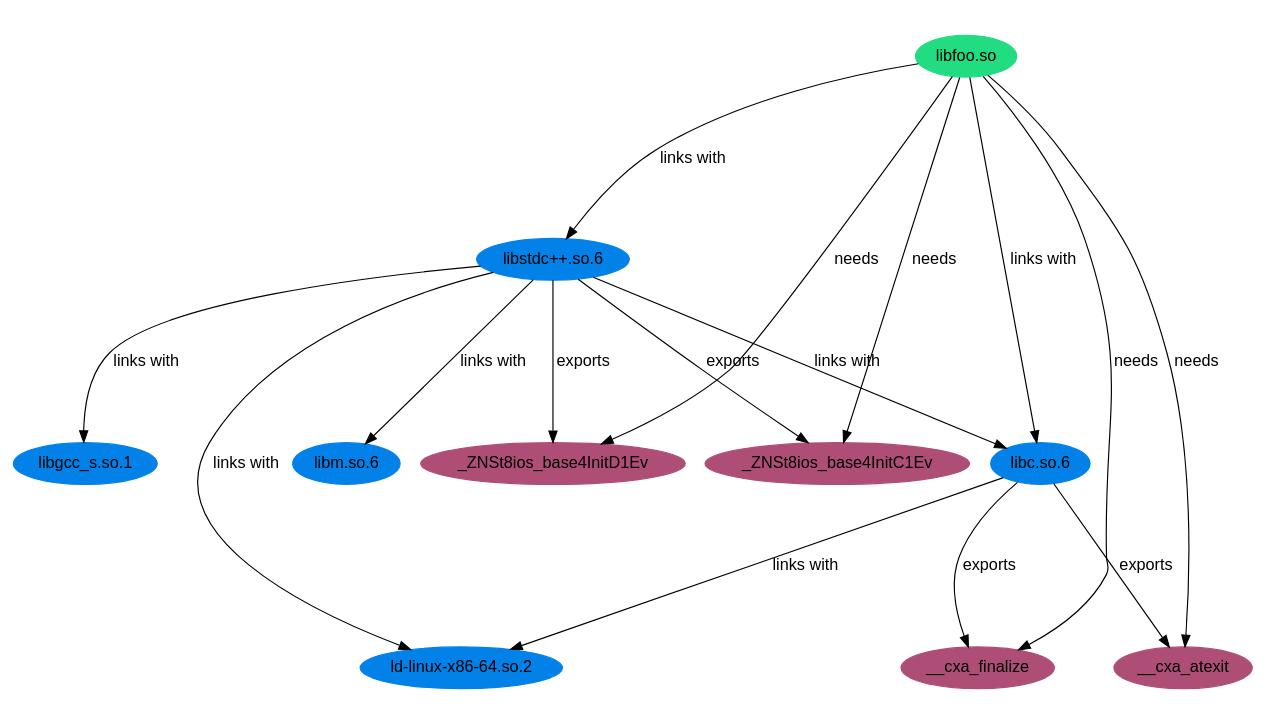
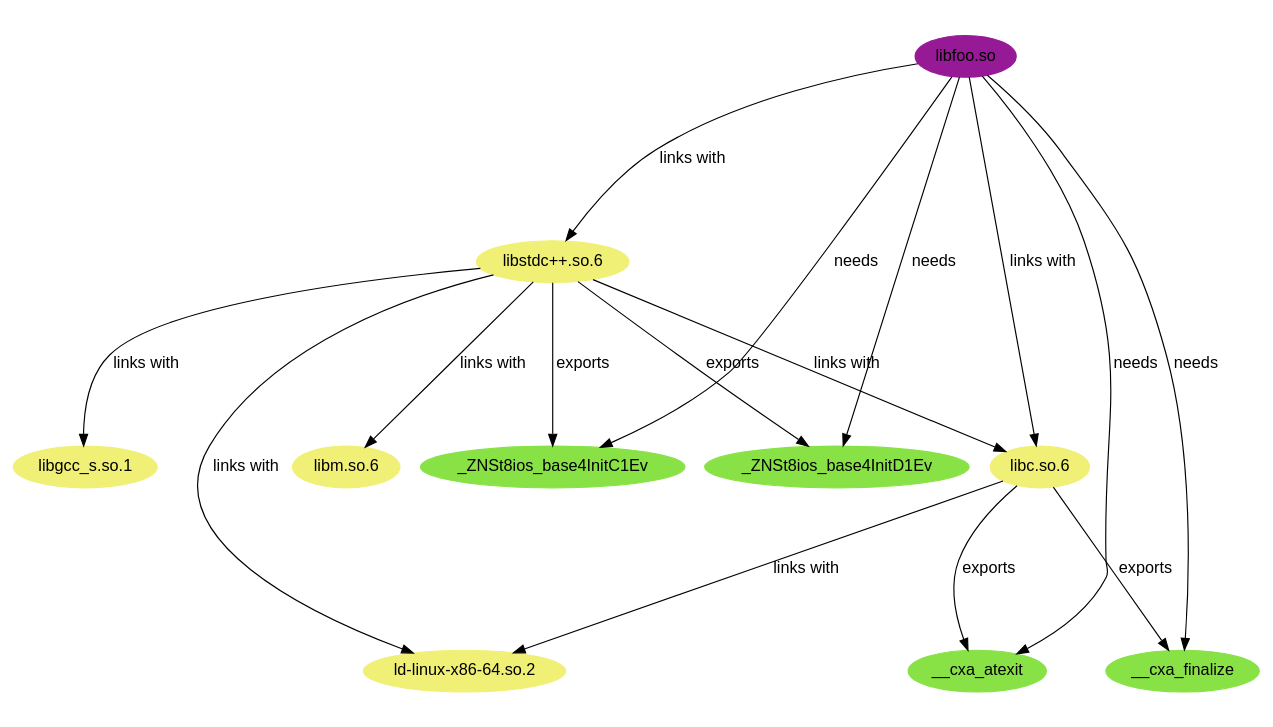
Before and after one commit to vsoch/elfcall: the diagram in data/examples/dot/graph.dot, drawn with Graphviz. The commit also changed 1 other file, not shown here.

```diff
--- a/data/examples/dot/graph.dot
+++ b/data/examples/dot/graph.dot
@@ -1,32 +1,32 @@
 digraph linked_libs {
  ratio=0.562;
  graph [fontname="Arial"];
  node [fontname="Arial"];
  edge [fontname="Arial"];
- ybnmieot [label="libfoo.so" tooltip="libfoo.so", style=filled, color="#21DC80"];
- putudnlk [label="libstdc++.so.6" tooltip="libstdc++.so.6", style=filled, color="#0281E8"];
- miewsdak [label="libm.so.6" tooltip="libm.so.6", style=filled, color="#0281E8"];
- siwpebpr [label="libc.so.6" tooltip="libc.so.6", style=filled, color="#0281E8"];
- renlknav [label="ld-linux-x86-64.so.2" tooltip="ld-linux-x86-64.so.2", style=filled, color="#0281E8"];
- cyzfqace [label="libgcc_s.so.1" tooltip="libgcc_s.so.1", style=filled, color="#0281E8"];
- kqphdaei [label="__cxa_atexit" tooltip="__cxa_atexit (FUNC)", style=filled, color="#AE4E76"];
- znpsiubp [label="__cxa_finalize" tooltip="__cxa_finalize (FUNC)", style=filled, color="#AE4E76"];
- fwyfijdi [label="_ZNSt8ios_base4InitC1Ev" tooltip="_ZNSt8ios_base4InitC1Ev (FUNC)", style=filled, color="#AE4E76"];
- ugnmnzpq [label="_ZNSt8ios_base4InitD1Ev" tooltip="_ZNSt8ios_base4InitD1Ev (FUNC)", style=filled, color="#AE4E76"];
- ybnmieot -> putudnlk [label=" links with " tooltip="/home/vanessa/Desktop/Code/elfcall/data/libfoo.so -> /usr/lib/x86_64-linux-gnu/libstdc++.so.6"];
- ybnmieot -> siwpebpr [label=" links with " tooltip="/home/vanessa/Desktop/Code/elfcall/data/libfoo.so -> /lib/x86_64-linux-gnu/libc.so.6"];
- putudnlk -> miewsdak [label=" links with " tooltip="/usr/lib/x86_64-linux-gnu/libstdc++.so.6 -> libm.so.6"];
- putudnlk -> siwpebpr [label=" links with " tooltip="/usr/lib/x86_64-linux-gnu/libstdc++.so.6 -> /lib/x86_64-linux-gnu/libc.so.6"];
- putudnlk -> renlknav [label=" links with " tooltip="/usr/lib/x86_64-linux-gnu/libstdc++.so.6 -> ld-linux-x86-64.so.2"];
- putudnlk -> cyzfqace [label=" links with " tooltip="/usr/lib/x86_64-linux-gnu/libstdc++.so.6 -> libgcc_s.so.1"];
- siwpebpr -> renlknav [label=" links with " tooltip="/lib/x86_64-linux-gnu/libc.so.6 -> ld-linux-x86-64.so.2"];
- putudnlk -> fwyfijdi [label=" exports " tooltip="/usr/lib/x86_64-linux-gnu/libstdc++.so.6 -> _ZNSt8ios_base4InitC1Ev (fwyfijdi)"];
- putudnlk -> ugnmnzpq [label=" exports " tooltip="/usr/lib/x86_64-linux-gnu/libstdc++.so.6 -> _ZNSt8ios_base4InitD1Ev (ugnmnzpq)"];
- siwpebpr -> znpsiubp [label=" exports " tooltip="/lib/x86_64-linux-gnu/libc.so.6 -> __cxa_finalize (znpsiubp)"];
- siwpebpr -> kqphdaei [label=" exports " tooltip="/lib/x86_64-linux-gnu/libc.so.6 -> __cxa_atexit (kqphdaei)"];
- ybnmieot -> znpsiubp [label=" needs " tooltip="/home/vanessa/Desktop/Code/elfcall/data/libfoo.so -> __cxa_finalize"];
- ybnmieot -> kqphdaei [label=" needs " tooltip="/home/vanessa/Desktop/Code/elfcall/data/libfoo.so -> __cxa_atexit"];
- ybnmieot -> fwyfijdi [label=" needs " tooltip="/home/vanessa/Desktop/Code/elfcall/data/libfoo.so -> _ZNSt8ios_base4InitC1Ev"];
- ybnmieot -> ugnmnzpq [label=" needs " tooltip="/home/vanessa/Desktop/Code/elfcall/data/libfoo.so -> _ZNSt8ios_base4InitD1Ev"];
+ xnympgly [label="libfoo.so" tooltip="libfoo.so", style=filled, color="#961A95"];
+ yoxfjnmm [label="libstdc++.so.6" tooltip="libstdc++.so.6", style=filled, color="#F0F076"];
+ ofyosioi [label="libm.so.6" tooltip="libm.so.6", style=filled, color="#F0F076"];
+ vakagerh [label="libc.so.6" tooltip="libc.so.6", style=filled, color="#F0F076"];
+ mikfnqak [label="ld-linux-x86-64.so.2" tooltip="ld-linux-x86-64.so.2", style=filled, color="#F0F076"];
+ rdqbhqlr [label="libgcc_s.so.1" tooltip="libgcc_s.so.1", style=filled, color="#F0F076"];
+ etwovegr [label="_ZNSt8ios_base4InitD1Ev" tooltip="_ZNSt8ios_base4InitD1Ev (FUNC)", style=filled, color="#88E246"];
+ fnidxiox [label="__cxa_finalize" tooltip="__cxa_finalize (FUNC)", style=filled, color="#88E246"];
+ djjfleyr [label="__cxa_atexit" tooltip="__cxa_atexit (FUNC)", style=filled, color="#88E246"];
+ upzzgeuh [label="_ZNSt8ios_base4InitC1Ev" tooltip="_ZNSt8ios_base4InitC1Ev (FUNC)", style=filled, color="#88E246"];
+ xnympgly -> yoxfjnmm [label=" links with " tooltip="/home/vanessa/Desktop/Code/elfcall/data/libfoo.so -> /usr/lib/x86_64-linux-gnu/libstdc++.so.6"];
+ xnympgly -> vakagerh [label=" links with " tooltip="/home/vanessa/Desktop/Code/elfcall/data/libfoo.so -> /lib/x86_64-linux-gnu/libc.so.6"];
+ yoxfjnmm -> ofyosioi [label=" links with " tooltip="/usr/lib/x86_64-linux-gnu/libstdc++.so.6 -> libm.so.6"];
+ yoxfjnmm -> vakagerh [label=" links with " tooltip="/usr/lib/x86_64-linux-gnu/libstdc++.so.6 -> /lib/x86_64-linux-gnu/libc.so.6"];
+ yoxfjnmm -> mikfnqak [label=" links with " tooltip="/usr/lib/x86_64-linux-gnu/libstdc++.so.6 -> ld-linux-x86-64.so.2"];
+ yoxfjnmm -> rdqbhqlr [label=" links with " tooltip="/usr/lib/x86_64-linux-gnu/libstdc++.so.6 -> libgcc_s.so.1"];
+ vakagerh -> mikfnqak [label=" links with " tooltip="/lib/x86_64-linux-gnu/libc.so.6 -> ld-linux-x86-64.so.2"];
+ yoxfjnmm -> upzzgeuh [label=" exports " tooltip="/usr/lib/x86_64-linux-gnu/libstdc++.so.6 -> _ZNSt8ios_base4InitC1Ev (upzzgeuh)"];
+ yoxfjnmm -> etwovegr [label=" exports " tooltip="/usr/lib/x86_64-linux-gnu/libstdc++.so.6 -> _ZNSt8ios_base4InitD1Ev (etwovegr)"];
+ vakagerh -> fnidxiox [label=" exports " tooltip="/lib/x86_64-linux-gnu/libc.so.6 -> __cxa_finalize (fnidxiox)"];
+ vakagerh -> djjfleyr [label=" exports " tooltip="/lib/x86_64-linux-gnu/libc.so.6 -> __cxa_atexit (djjfleyr)"];
+ xnympgly -> fnidxiox [label=" needs " tooltip="/home/vanessa/Desktop/Code/elfcall/data/libfoo.so -> __cxa_finalize"];
+ xnympgly -> djjfleyr [label=" needs " tooltip="/home/vanessa/Desktop/Code/elfcall/data/libfoo.so -> __cxa_atexit"];
+ xnympgly -> upzzgeuh [label=" needs " tooltip="/home/vanessa/Desktop/Code/elfcall/data/libfoo.so -> _ZNSt8ios_base4InitC1Ev"];
+ xnympgly -> etwovegr [label=" needs " tooltip="/home/vanessa/Desktop/Code/elfcall/data/libfoo.so -> _ZNSt8ios_base4InitD1Ev"];
 
 }
```
